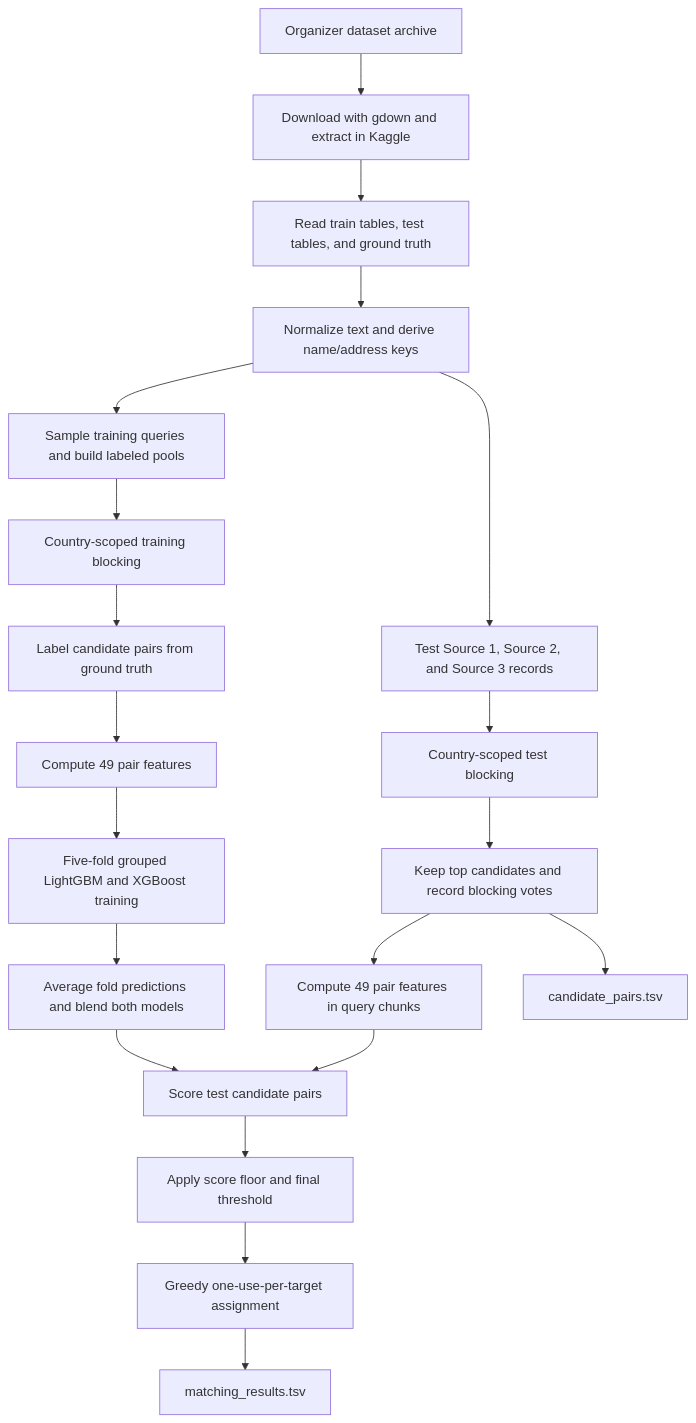
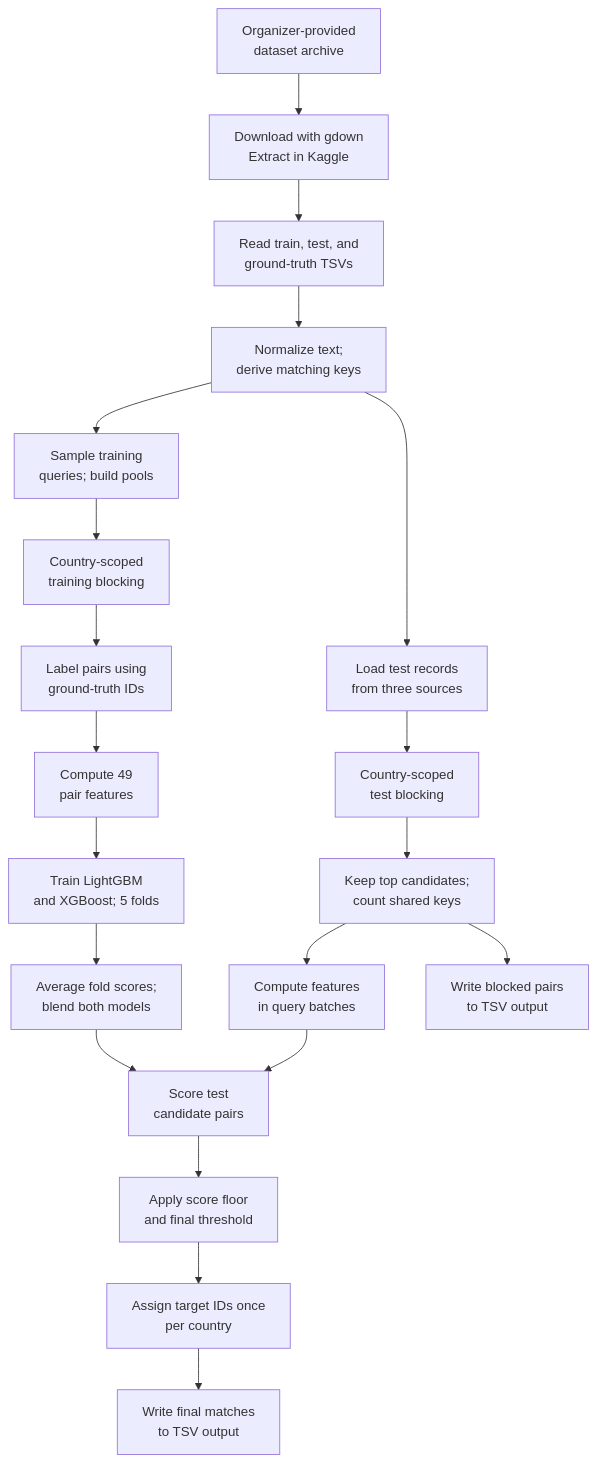
One commit to Aditi-Ch06/Heruristics_submission changed the diagram in Documentation_template.md. Above: the diagram before and after it, drawn with Mermaid.

Commit message:
Fix flowchart label wrapping

````diff
--- a/Documentation_template.md
+++ b/Documentation_template.md
@@ -11,22 +11,22 @@
 ```mermaid
 flowchart TD
-    A[Organizer dataset archive] --> B[Download with gdown and extract in Kaggle]
-    B --> C[Read train tables, test tables, and ground truth]
-    C --> D[Normalize text and derive name/address keys]
-    D --> E1[Sample training queries and build labeled pools]
-    D --> E2[Test Source 1, Source 2, and Source 3 records]
-    E1 --> F1[Country-scoped training blocking]
-    F1 --> G1[Label candidate pairs from ground truth]
-    G1 --> H1[Compute 49 pair features]
-    H1 --> I1[Five-fold grouped LightGBM and XGBoost training]
-    E2 --> F2[Country-scoped test blocking]
-    F2 --> G2[Keep top candidates and record blocking votes]
-    G2 --> H2[Compute 49 pair features in query chunks]
-    I1 --> J[Average fold predictions and blend both models]
-    H2 --> K[Score test candidate pairs]
+    A["Organizer-provided<br/>dataset archive"] --> B["Download with gdown<br/>Extract in Kaggle"]
+    B --> C["Read train, test, and<br/>ground-truth TSVs"]
+    C --> D["Normalize text;<br/>derive matching keys"]
+    D --> E1["Sample training<br/>queries; build pools"]
+    D --> E2["Load test records<br/>from three sources"]
+    E1 --> F1["Country-scoped<br/>training blocking"]
+    F1 --> G1["Label pairs using<br/>ground-truth IDs"]
+    G1 --> H1["Compute 49<br/>pair features"]
+    H1 --> I1["Train LightGBM<br/>and XGBoost; 5 folds"]
+    E2 --> F2["Country-scoped<br/>test blocking"]
+    F2 --> G2["Keep top candidates;<br/>count shared keys"]
+    G2 --> H2["Compute features<br/>in query batches"]
+    I1 --> J["Average fold scores;<br/>blend both models"]
+    H2 --> K["Score test<br/>candidate pairs"]
     J --> K
-    K --> L[Apply score floor and final threshold]
-    L --> M[Greedy one-use-per-target assignment]
-    M --> N[matching_results.tsv]
-    G2 --> O[candidate_pairs.tsv]
+    K --> L["Apply score floor<br/>and final threshold"]
+    L --> M["Assign target IDs once<br/>per country"]
+    M --> N["Write final matches<br/>to TSV output"]
+    G2 --> O["Write blocked pairs<br/>to TSV output"]
 ```
````
